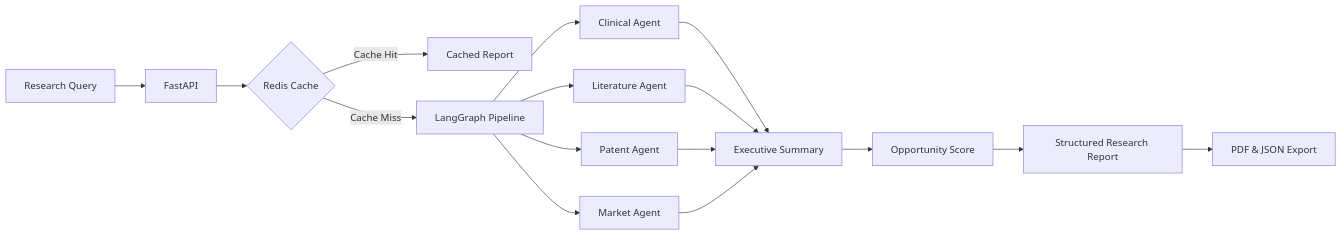
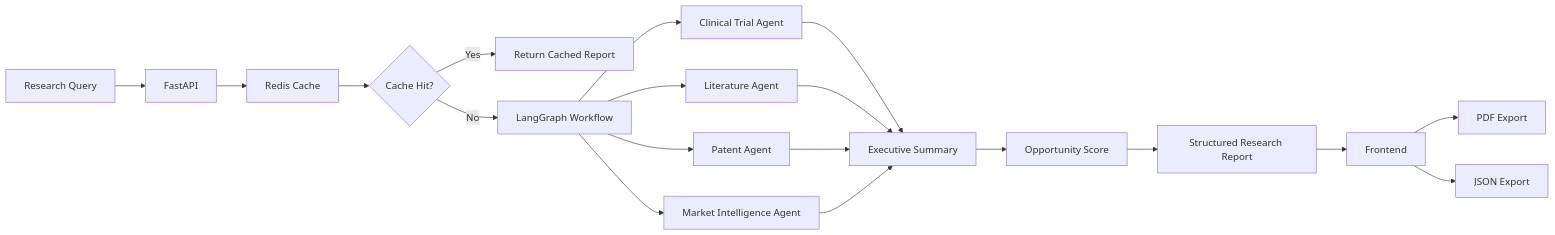
One commit to priyanshuraj20/MoleculeIq changed the second of 4 diagrams in README.md. Above: the diagram before and after it, drawn with Mermaid. The commit also changed other lines of this file, not shown here.

Commit message:
docs: update AI Research Pipeline flowchart in README.md to exact requested structure

````diff
--- a/README.md
+++ b/README.md
@@ -118,22 +118,41 @@
 ```mermaid
 flowchart LR
-    Query["Research Query"] --> API["FastAPI"]
-    API --> Redis{"Redis Cache"}
-    
-    Redis -->|Cache Hit| Return["Cached Report"]
-    Redis -->|Cache Miss| LG["LangGraph Pipeline"]
-    
-    LG --> C["Clinical Agent"]
-    LG --> L["Literature Agent"]
-    LG --> P["Patent Agent"]
-    LG --> M["Market Agent"]
-    
-    C --> Exec["Executive Summary"]
-    L --> Exec
-    P --> Exec
-    M --> Exec
-    
-    Exec --> Score["Opportunity Score"]
-    Score --> Report["Structured Research Report"]
-    Report --> Exports["PDF & JSON Export"]
+
+A[Research Query]
+
+A --> B[FastAPI]
+
+B --> C[Redis Cache]
+
+C --> D{Cache Hit?}
+
+D -->|Yes| E[Return Cached Report]
+
+D -->|No| F[LangGraph Workflow]
+
+F --> G[Clinical Trial Agent]
+
+F --> H[Literature Agent]
+
+F --> I[Patent Agent]
+
+F --> J[Market Intelligence Agent]
+
+G --> K[Executive Summary]
+
+H --> K
+
+I --> K
+
+J --> K
+
+K --> L[Opportunity Score]
+
+L --> M[Structured Research Report]
+
+M --> N[Frontend]
+
+N --> O[PDF Export]
+
+N --> P[JSON Export]
 ```
````
